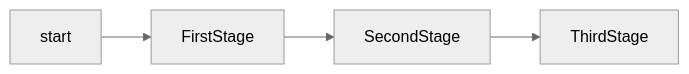
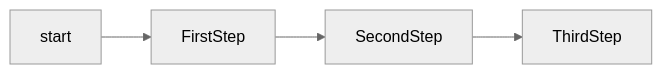
Before and after one commit to rincewound/ci-mage: the first of 4 diagrams in README.md, drawn with Mermaid (neutral theme). The commit also changed other lines of this file and 4 other files, not shown here.

````diff
--- a/README.md
+++ b/README.md
@@ -41,7 +63,7 @@
 ```mermaid
 flowchart LR
 start
-start --> FirstStage
-FirstStage --> SecondStage
-SecondStage --> ThirdStage
+start --> FirstStep
+FirstStep --> SecondStep
+SecondStep --> ThirdStep
 ```
````
